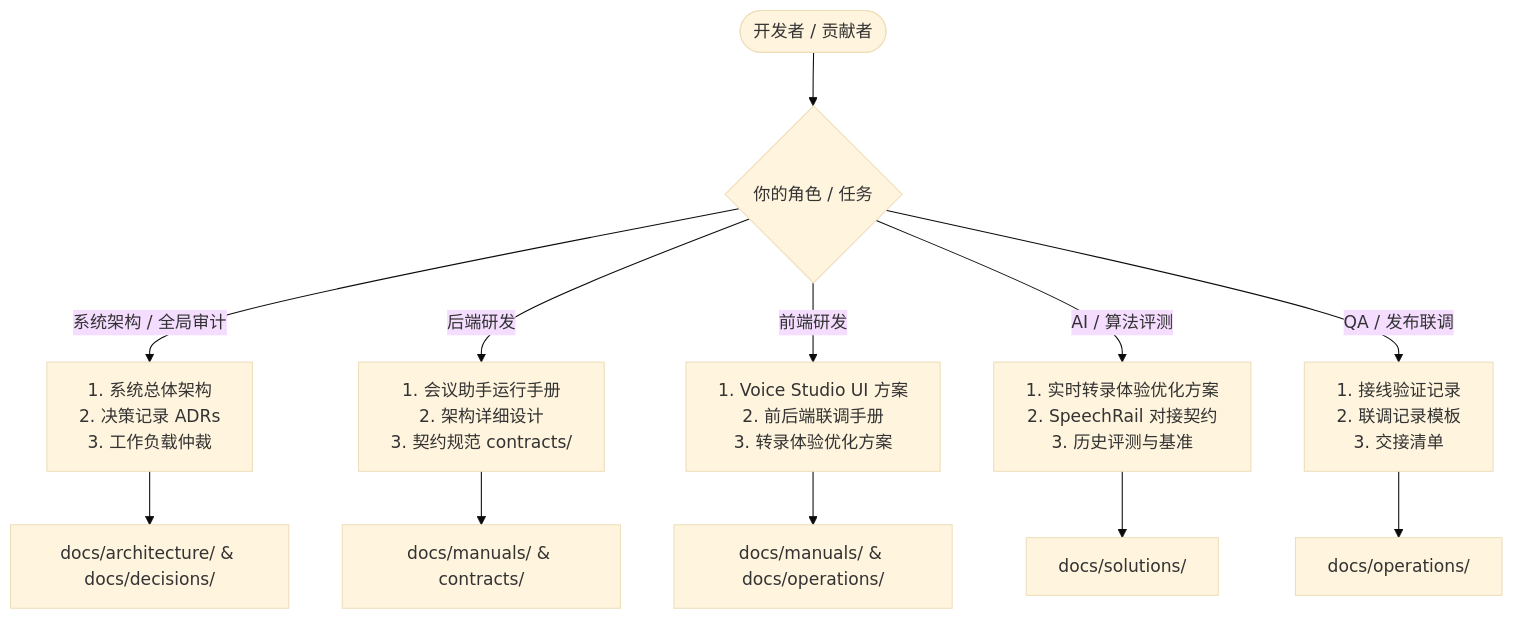
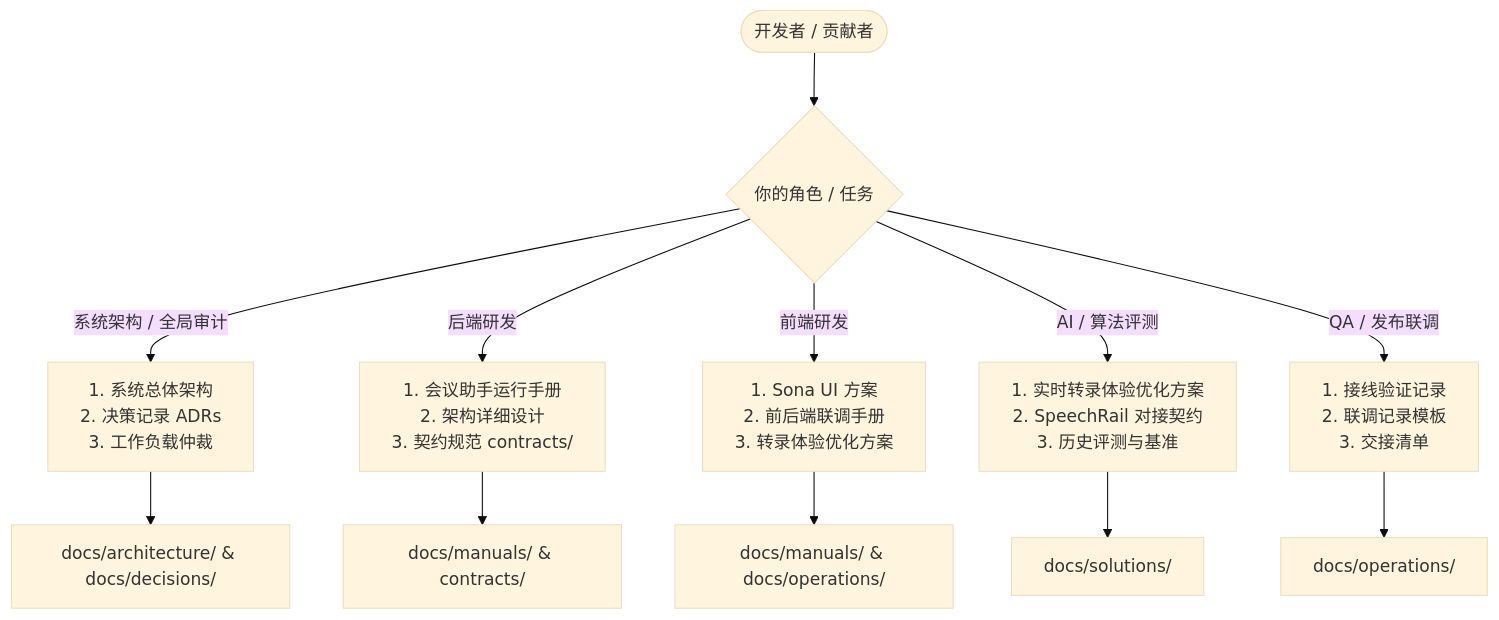
One commit to hrygo/voice-realtime changed the diagram in docs/README.md. Above: the diagram before and after it, drawn with Mermaid (base theme). The commit also changed other lines of this file and 394 other files, not shown here.

First line of the commit message:
refactor: rename project voice-realtime → sona, migrate SpeechRail to OpenAI /v1/realtime

````diff
--- a/docs/README.md
+++ b/docs/README.md
@@ -107,16 +108,16 @@
 ```mermaid
 graph TD
     User([开发者 / 贡献者]) --> Role{你的角色 / 任务}
     
     Role -->|系统架构 / 全局审计| Arc[1. 系统总体架构<br/>2. 决策记录 ADRs<br/>3. 工作负载仲裁]
     Role -->|后端研发| Be[1. 会议助手运行手册<br/>2. 架构详细设计<br/>3. 契约规范 contracts/]
-    Role -->|前端研发| Fe[1. Voice Studio UI 方案<br/>2. 前后端联调手册<br/>3. 转录体验优化方案]
+    Role -->|前端研发| Fe[1. Sona UI 方案<br/>2. 前后端联调手册<br/>3. 转录体验优化方案]
     Role -->|AI / 算法评测| Algo[1. 实时转录体验优化方案<br/>2. SpeechRail 对接契约<br/>3. 历史评测与基准]
     Role -->|QA / 发布联调| Qa[1. 接线验证记录<br/>2. 联调记录模板<br/>3. 交接清单]
 
     Arc --> ArcDocs[docs/architecture/ & docs/decisions/]
     Be --> BeDocs[docs/manuals/ & contracts/]
     Fe --> FeDocs[docs/manuals/ & docs/operations/]
     Algo --> AlgoDocs[docs/solutions/]
     Qa --> QaDocs[docs/operations/]
 ```
````
